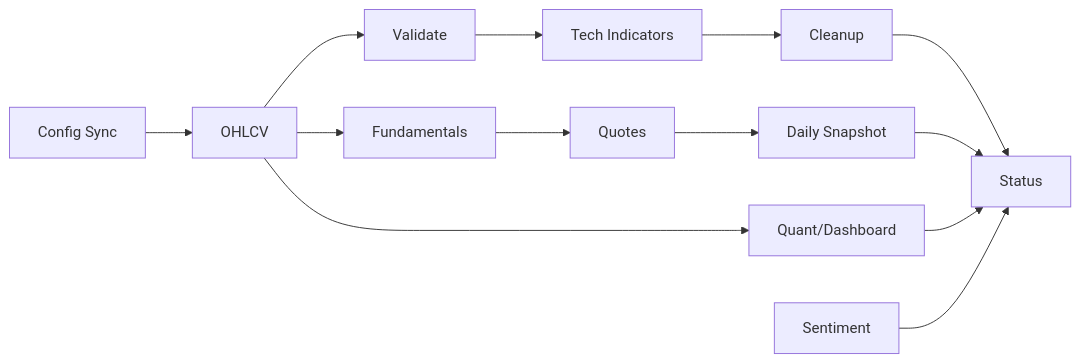
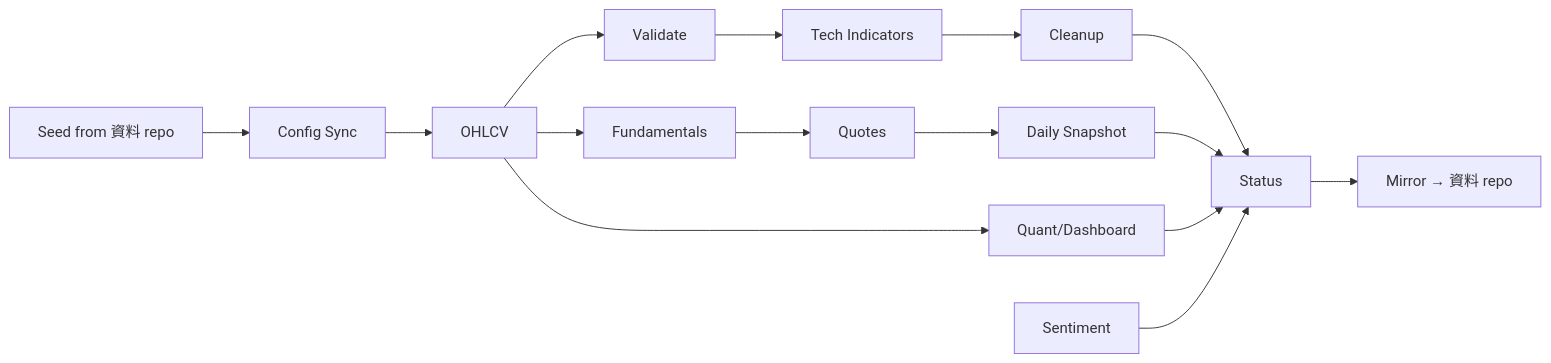
Before and after one commit to romarin-hsieh/investment-dashboard: the fourth of 7 diagrams in docs/operations/DATA_OPERATIONS.md, drawn with Mermaid. The commit also changed other lines of this file and 11 other files, not shown here.

````diff
--- a/docs/operations/DATA_OPERATIONS.md
+++ b/docs/operations/DATA_OPERATIONS.md
@@ -477,17 +506,19 @@
 ```mermaid
 graph LR
-    A[Config Sync] --> B[OHLCV]
+    S[Seed from 資料 repo] --> A[Config Sync]
+    A --> B[OHLCV]
     B --> C[Validate]
     C --> D[Tech Indicators]
     D --> E[Cleanup]
     B --> F[Fundamentals]
     F --> G[Quotes]
     G --> H[Daily Snapshot]
     B --> I[Quant/Dashboard]
-    J[Sentiment] 
+    J[Sentiment]
     K[Status]
     E --> K
     H --> K
     I --> K
     J --> K
+    K --> M[Mirror → 資料 repo]
 ```
````
